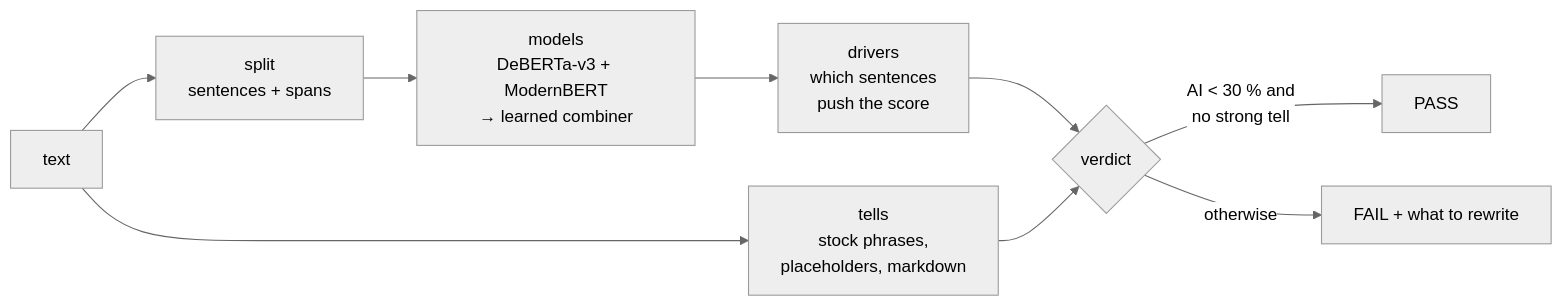
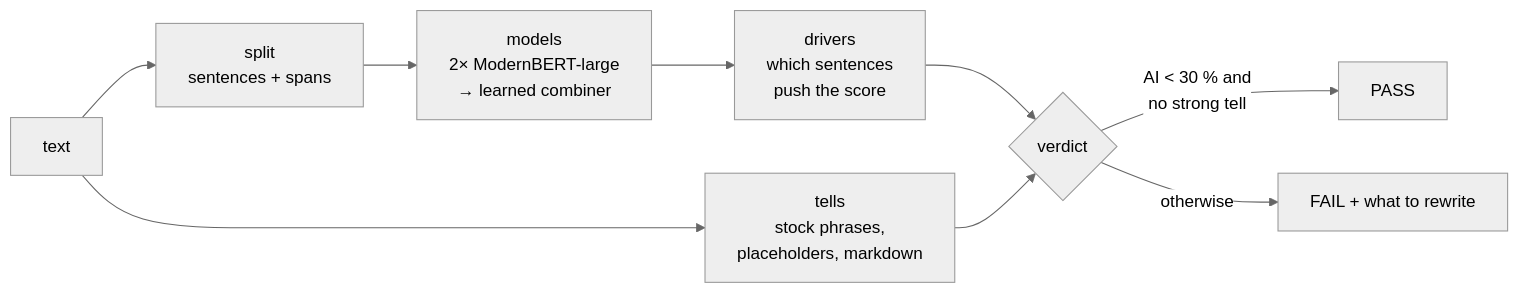
Before and after one commit to AdityaBaranwal1/local-ai-detector: the diagram in README.md, drawn with Mermaid (neutral theme). The commit also changed other lines of this file and 9 other files, not shown here.

````diff
--- a/README.md
+++ b/README.md
@@ -65,11 +67,11 @@
 ```mermaid
 flowchart LR
     T[text] --> S1[split<br/>sentences + spans]
-    S1 --> M[models<br/>DeBERTa-v3 + ModernBERT<br/>→ learned combiner]
+    S1 --> M[models<br/>2× ModernBERT-large<br/>→ learned combiner]
     M --> D[drivers<br/>which sentences<br/>push the score]
     T --> TL[tells<br/>stock phrases,<br/>placeholders, markdown]
     D --> V{verdict}
     TL --> V
     V -->|"AI < 30 % and<br/>no strong tell"| P[PASS]
     V -->|otherwise| F[FAIL + what to rewrite]
 ```
````
